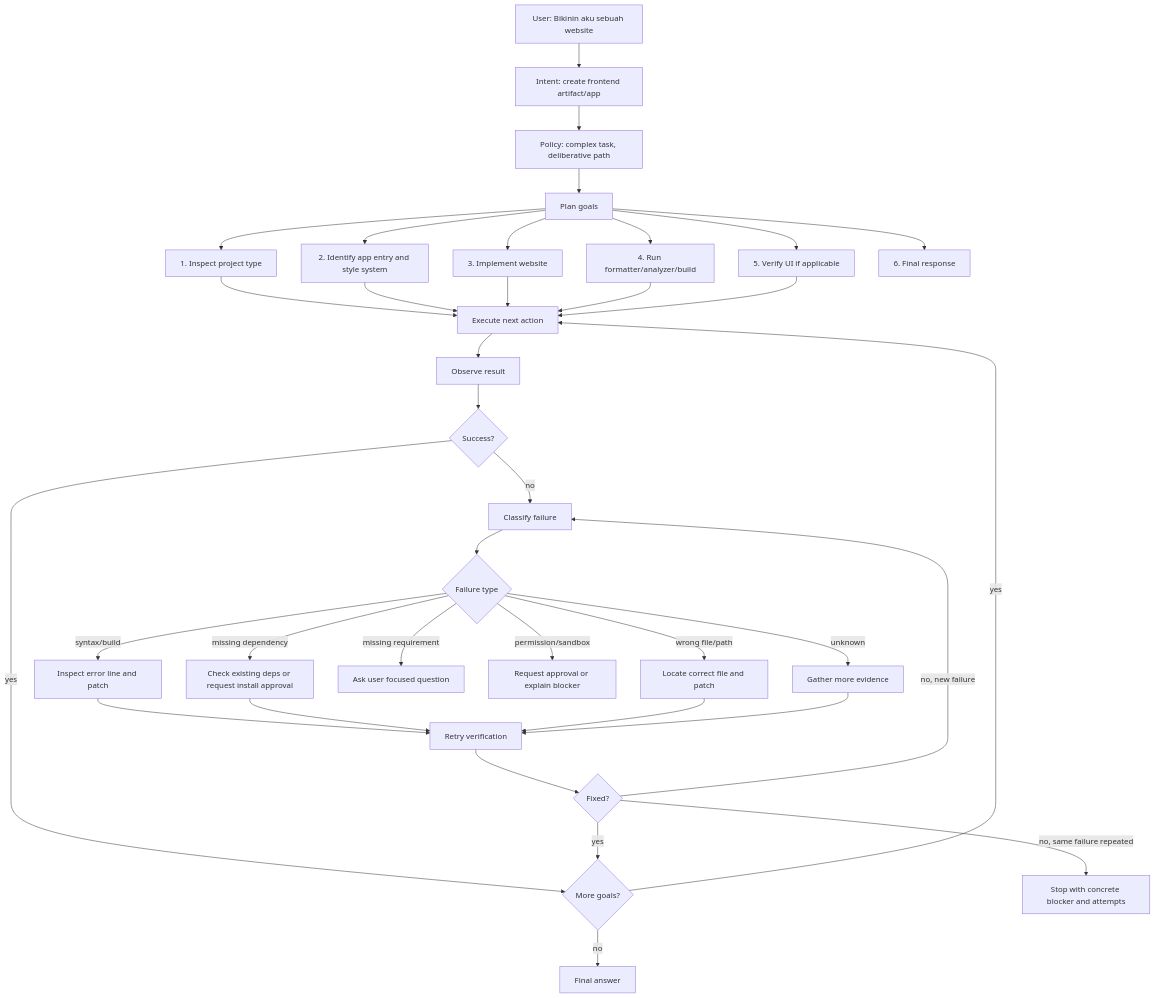
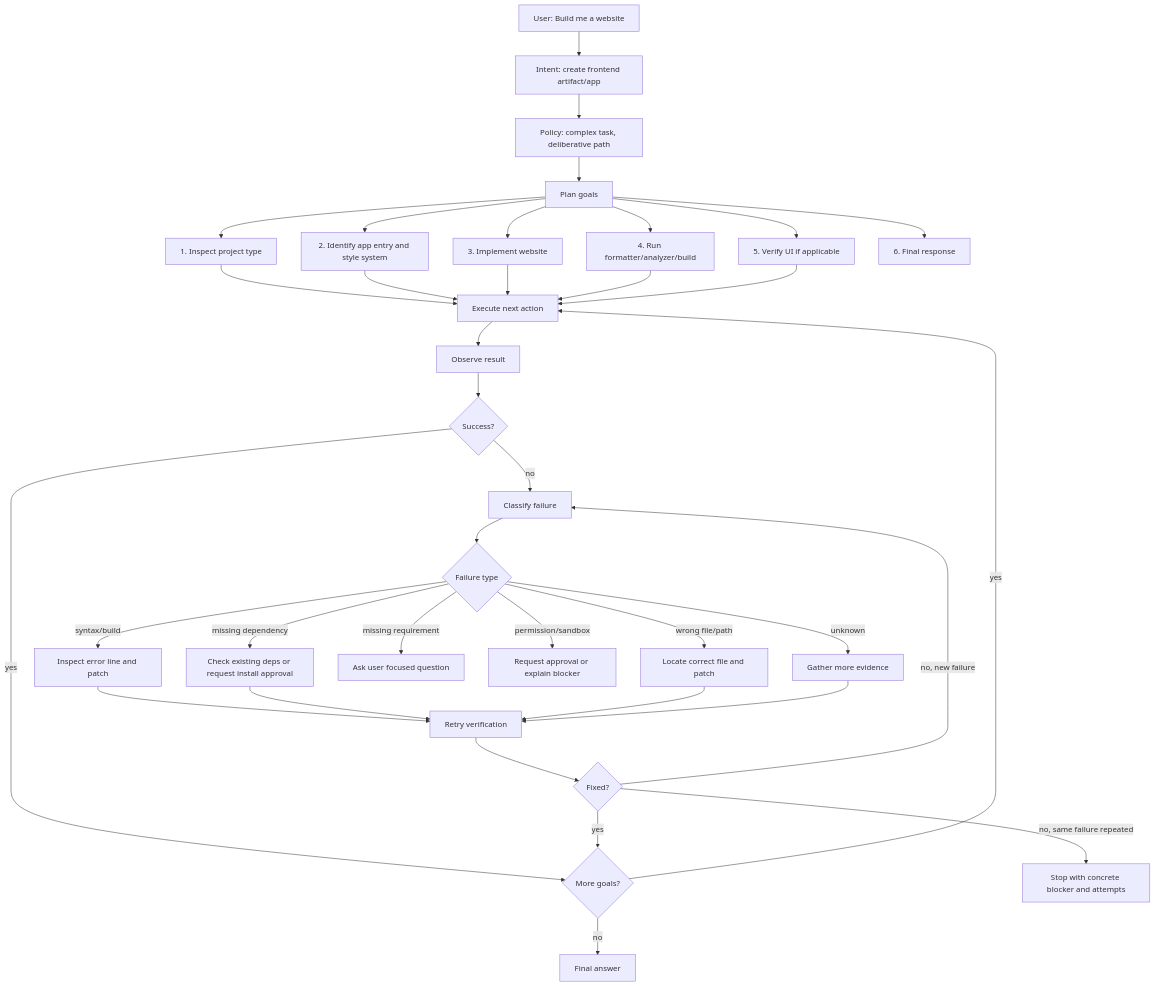
The second of 6 diagrams in RUNTIME_ENGINE_UPGRADE_V2.md (Ibnuard/meow-agent), drawn with Mermaid before and after one commit. The commit also changed other lines of this file, not shown here.

````diff
--- a/RUNTIME_ENGINE_UPGRADE_V2.md
+++ b/RUNTIME_ENGINE_UPGRADE_V2.md
@@ -187,44 +203,44 @@
 ```mermaid
 flowchart TD
-    A["User: Bikinin aku sebuah website"] --> B["Intent: create frontend artifact/app"]
+    A["User: Build me a website"] --> B["Intent: create frontend artifact/app"]
     B --> C["Policy: complex task, deliberative path"]
     C --> D["Plan goals"]
 
     D --> D1["1. Inspect project type"]
     D --> D2["2. Identify app entry and style system"]
     D --> D3["3. Implement website"]
     D --> D4["4. Run formatter/analyzer/build"]
     D --> D5["5. Verify UI if applicable"]
     D --> D6["6. Final response"]
 
     D1 --> E["Execute next action"]
     D2 --> E
     D3 --> E
     D4 --> E
     D5 --> E
 
     E --> F["Observe result"]
     F --> G{Success?}
     G -- yes --> H{More goals?}
     H -- yes --> E
     H -- no --> Z["Final answer"]
 
     G -- no --> I["Classify failure"]
     I --> J{Failure type}
     J -- syntax/build --> K["Inspect error line and patch"]
     J -- missing dependency --> L["Check existing deps or request install approval"]
     J -- wrong file/path --> M["Locate correct file and patch"]
     J -- missing requirement --> N["Ask user focused question"]
     J -- permission/sandbox --> O["Request approval or explain blocker"]
     J -- unknown --> P["Gather more evidence"]
 
     K --> Q["Retry verification"]
     L --> Q
     M --> Q
     P --> Q
 
     Q --> R{Fixed?}
     R -- yes --> H
     R -- no, new failure --> I
     R -- no, same failure repeated --> S["Stop with concrete blocker and attempts"]
 ```
````
